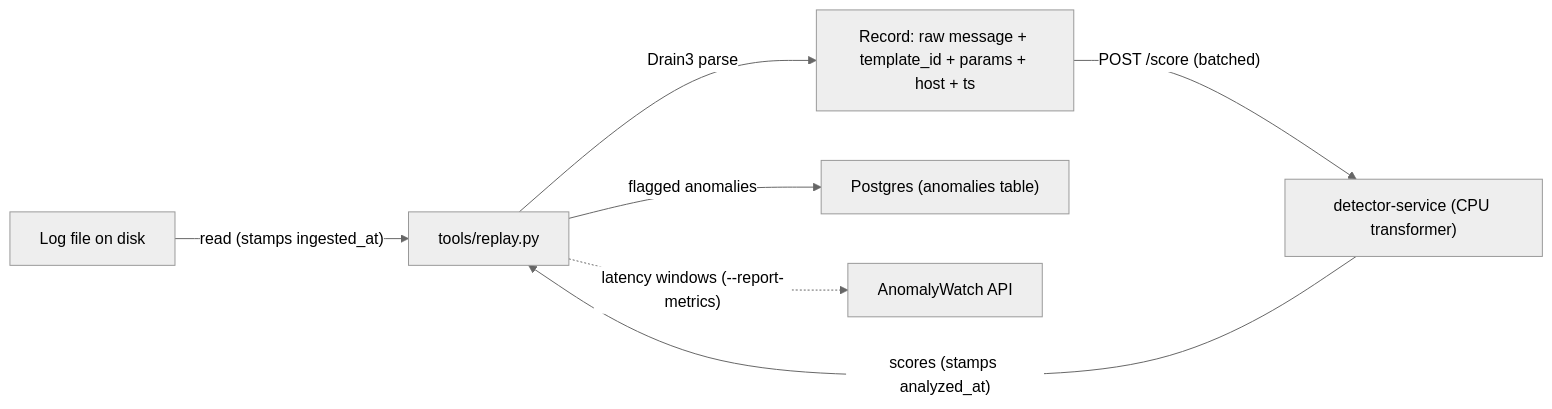
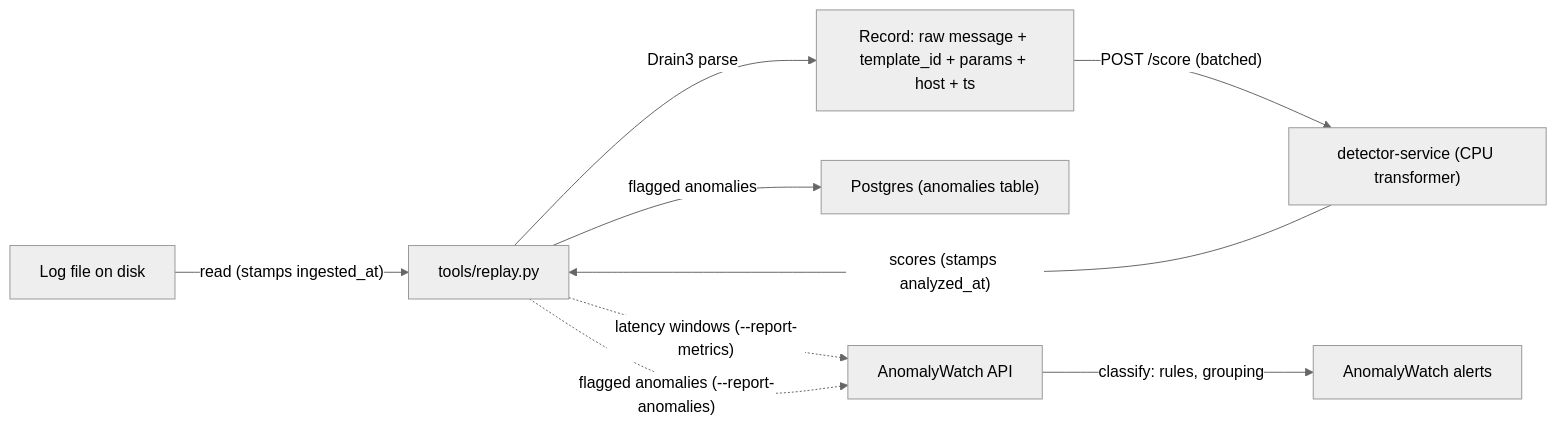
One commit to SerraFacundo/anomaly-watch changed the second of 5 diagrams in ARCHITECTURE.md. Above: the diagram before and after it, drawn with Mermaid (neutral theme). The commit also changed other lines of this file and 5 other files, not shown here.

First line of the commit message:
feat(ml): report flagged anomalies to AnomalyWatch

````diff
--- a/ARCHITECTURE.md
+++ b/ARCHITECTURE.md
@@ -177,9 +182,11 @@
 ```mermaid
 flowchart LR
     FILE["Log file on disk"] -->|"read (stamps ingested_at)"| RP["tools/replay.py"]
     RP -->|Drain3 parse| REC["Record: raw message + template_id + params + host + ts"]
     REC -->|"POST /score (batched)"| DS["detector-service (CPU transformer)"]
     DS -->|"scores (stamps analyzed_at)"| RP
     RP -->|flagged anomalies| PG["Postgres (anomalies table)"]
     RP -.->|"latency windows (--report-metrics)"| AW["AnomalyWatch API"]
+    RP -.->|"flagged anomalies (--report-anomalies)"| AW
+    AW -->|"classify: rules, grouping"| AL["AnomalyWatch alerts"]
 ```
````
